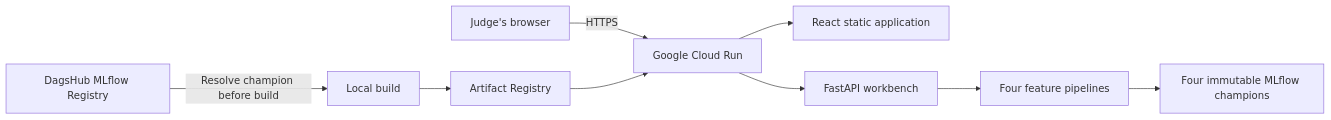
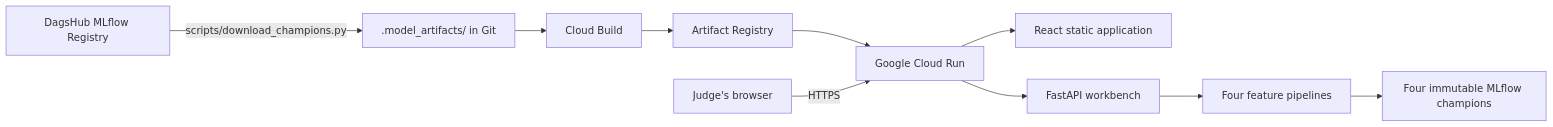
The diagram in docs/GOOGLE_CLOUD.md (kaz-uuu/lta-train-fault-detection), drawn with Mermaid before and after one commit. The commit also changed other lines of this file and 10 other files, not shown here.

````diff
--- a/docs/GOOGLE_CLOUD.md
+++ b/docs/GOOGLE_CLOUD.md
@@ -7,11 +7,12 @@
 ```mermaid
 flowchart LR
-    U[Judge's browser] -->|HTTPS| CR[Google Cloud Run]
+    DH[DagsHub MLflow Registry] -->|scripts/download_champions.py| MA[.model_artifacts/ in Git]
+    MA --> CB[Cloud Build]
+    CB --> AR[Artifact Registry]
+    AR --> CR[Google Cloud Run]
+    U[Judge's browser] -->|HTTPS| CR
     CR --> UI[React static application]
     CR --> API[FastAPI workbench]
     API --> F[Four feature pipelines]
     F --> M[Four immutable MLflow champions]
-    CI[Local build] --> AR[Artifact Registry]
-    AR --> CR
-    DH[DagsHub MLflow Registry] -->|Resolve champion before build| CI
 ```
````
